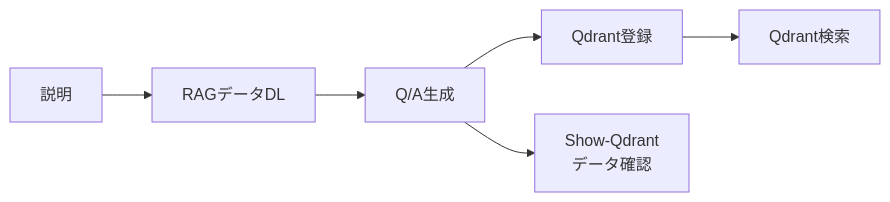
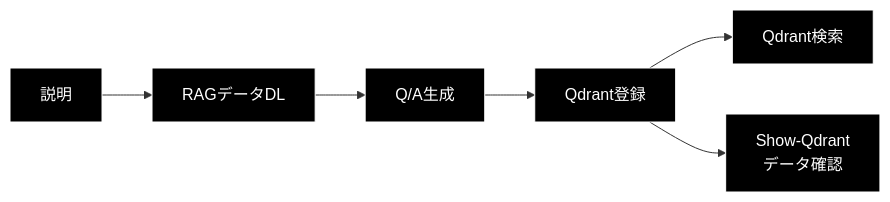
Before and after one commit to nakashima2toshio/openai_grace_agent: the third of 5 diagrams in readme_rag.md, drawn with Mermaid. The commit also changed other lines of this file and 4 other files, not shown here.

````diff
--- a/readme_rag.md
+++ b/readme_rag.md
@@ -823,5 +881,8 @@
 ```mermaid
 flowchart LR
     S1["説明"] --> S2["RAGデータDL"] --> S3["Q/A生成"] --> S4["Qdrant登録"] --> S6["Qdrant検索"]
-    S3 --> S5["Show-Qdrant<br/>データ確認"]
+    S4 --> S5["Show-Qdrant<br/>データ確認"]
+classDef default fill:#000,stroke:#fff,color:#fff
+classDef subgraphStyle fill:#1a1a1a,stroke:#fff,color:#fff
+class S1,S2,S3,S4,S5,S6 default
 ```
````
